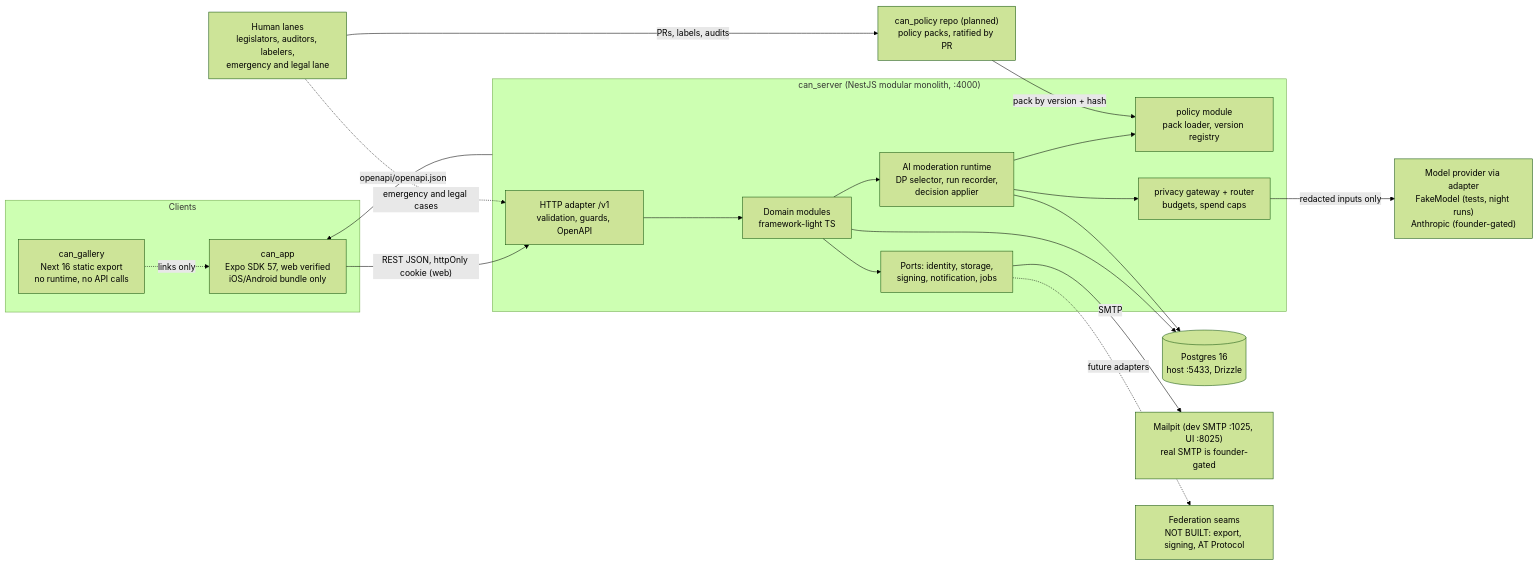
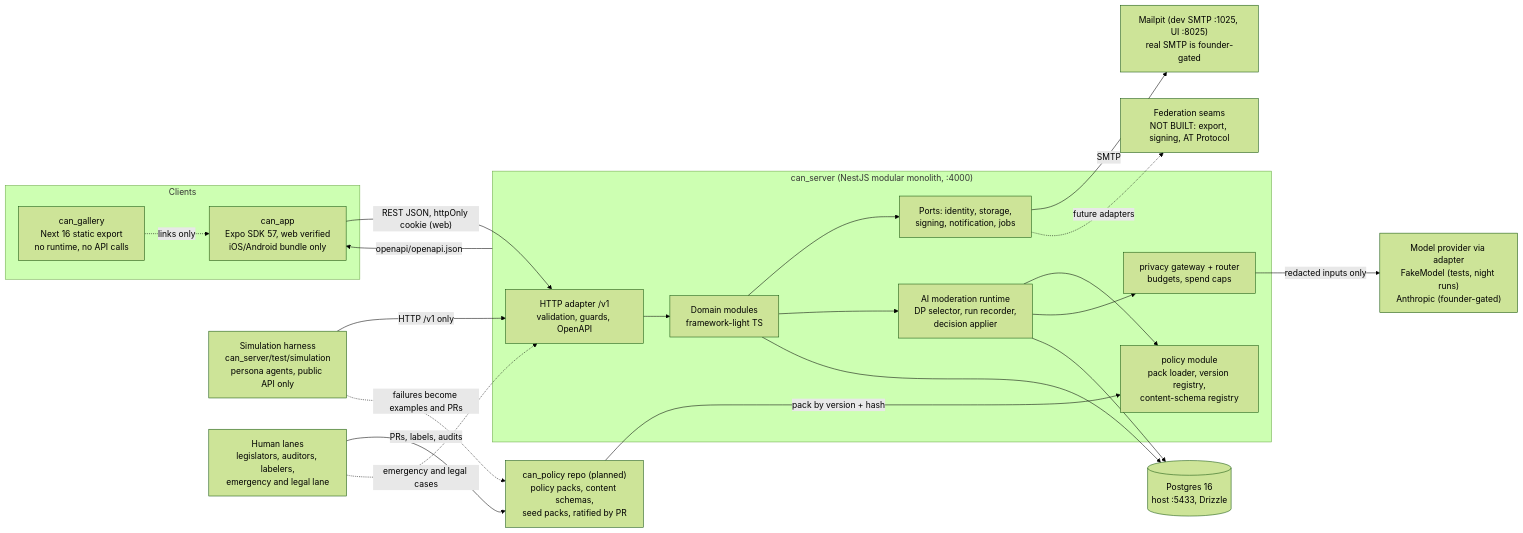
One commit to community-action-network-oss/community_action_network_oss changed the first of 2 diagrams in docs/design/system-design.md. Above: the diagram before and after it, drawn with Mermaid (forest theme). The commit also changed other lines of this file and 20 other files, not shown here.

Commit message:
W4 P3: structured-submission, persona-simulation, seed-bootstrap and schema-change flows; canonical DP ids; components for schemas, simulation, portability

````diff
--- a/docs/design/system-design.md
+++ b/docs/design/system-design.md
@@ -9,36 +9,39 @@
 ```mermaid
 flowchart LR
   subgraph clients[Clients]
     app["can_app<br/>Expo SDK 57, web verified<br/>iOS/Android bundle only"]
     gallery["can_gallery<br/>Next 16 static export<br/>no runtime, no API calls"]
   end
   subgraph server["can_server (NestJS modular monolith, :4000)"]
     api["HTTP adapter /v1<br/>validation, guards, OpenAPI"]
     domain["Domain modules<br/>framework-light TS"]
     mod["AI moderation runtime<br/>DP selector, run recorder,<br/>decision applier"]
-    pol["policy module<br/>pack loader, version registry"]
+    pol["policy module<br/>pack loader, version registry,<br/>content-schema registry"]
     gw["privacy gateway + router<br/>budgets, spend caps"]
     ports["Ports: identity, storage,<br/>signing, notification, jobs"]
   end
   pg[("Postgres 16<br/>host :5433, Drizzle")]
   mail["Mailpit (dev SMTP :1025, UI :8025)<br/>real SMTP is founder-gated"]
   prov["Model provider via adapter<br/>FakeModel (tests, night runs)<br/>Anthropic (founder-gated)"]
-  cp["can_policy repo (planned)<br/>policy packs, ratified by PR"]
+  cp["can_policy repo (planned)<br/>policy packs, content schemas,<br/>seed packs, ratified by PR"]
+  sim["Simulation harness<br/>can_server/test/simulation<br/>persona agents, public API only"]
   humans["Human lanes<br/>legislators, auditors, labelers,<br/>emergency and legal lane"]
   fed["Federation seams<br/>NOT BUILT: export, signing, AT Protocol"]
   app -- "REST JSON, httpOnly cookie (web)" --> api
   gallery -. "links only" .-> app
   api --> domain --> ports
   domain --> mod
   mod --> pol
   mod --> gw
   gw -- "redacted inputs only" --> prov
   cp -- "pack by version + hash" --> pol
   domain --> pg
   mod --> pg
   ports -- "SMTP" --> mail
+  sim -- "HTTP /v1 only" --> api
+  sim -. "failures become examples and PRs" .-> cp
   humans -- "PRs, labels, audits" --> cp
   humans -. "emergency and legal cases" .-> api
   ports -. "future adapters" .-> fed
   server -- "openapi/openapi.json" --> app
 ```
````
